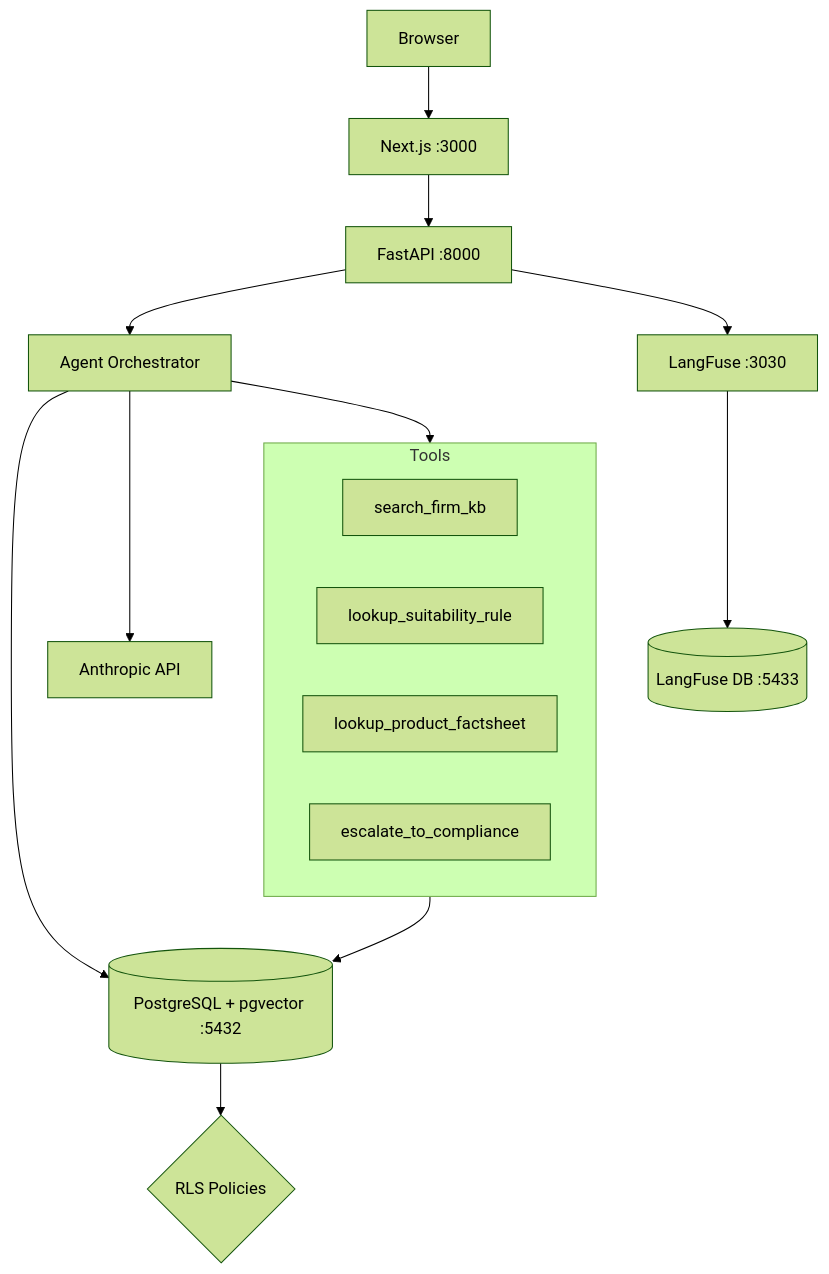
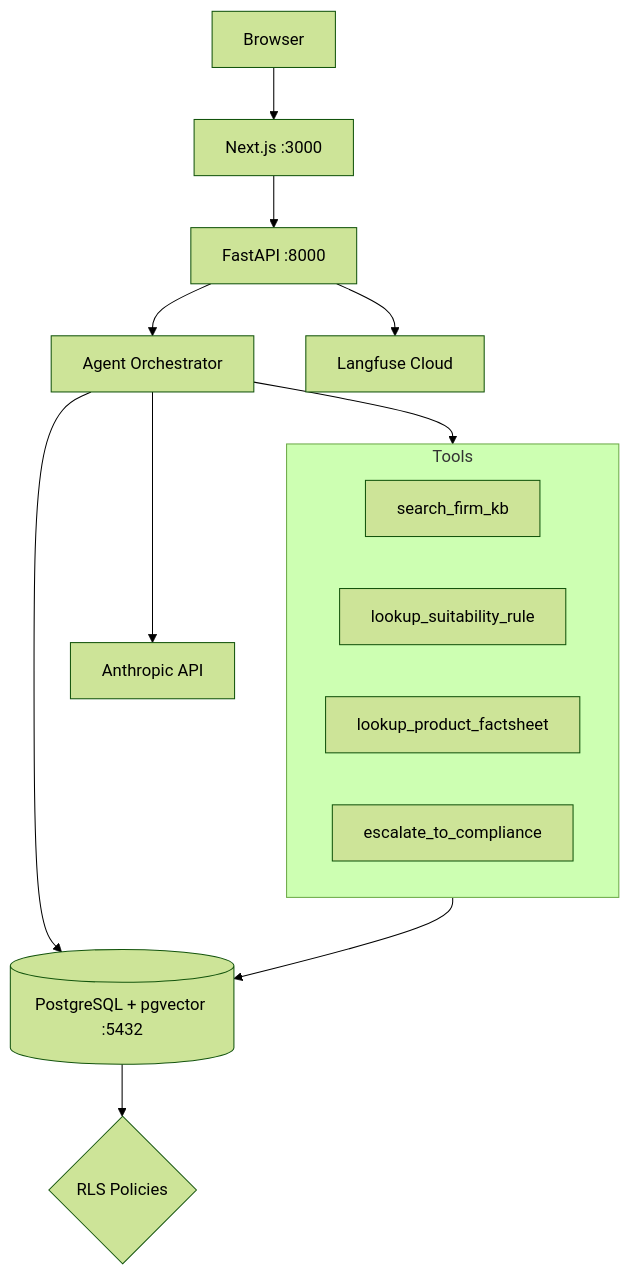
Before and after one commit to Keshav0375/FinAdvisor: the diagram in README.md, drawn with Mermaid (forest theme). The commit also changed other lines of this file and 9 other files, not shown here.

````diff
--- a/README.md
+++ b/README.md
@@ -9,21 +9,20 @@
 ```mermaid
 graph TB
     User[Browser] --> Frontend[Next.js :3000]
     Frontend --> Backend[FastAPI :8000]
     Backend --> Agent[Agent Orchestrator]
     Agent --> PGVector[(PostgreSQL + pgvector :5432)]
     Agent --> Claude[Anthropic API]
-    Backend --> LangFuse[LangFuse :3030]
-    LangFuse --> LangFuseDB[(LangFuse DB :5433)]
+    Backend --> LangFuse[Langfuse Cloud]
     PGVector --> RLS{RLS Policies}
 
     subgraph Tools
         SearchKB[search_firm_kb]
         LookupSuit[lookup_suitability_rule]
         LookupFact[lookup_product_factsheet]
         Escalate[escalate_to_compliance]
     end
 
     Agent --> Tools
     Tools --> PGVector
 ```
````
